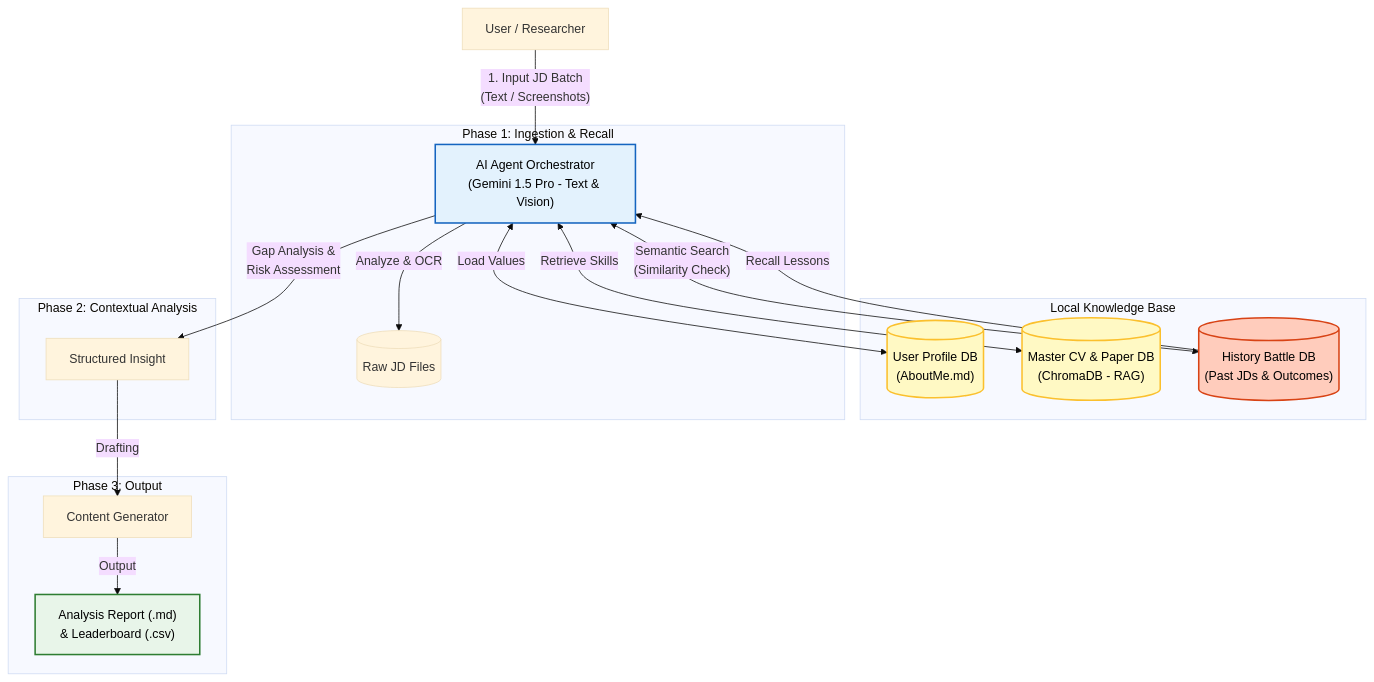
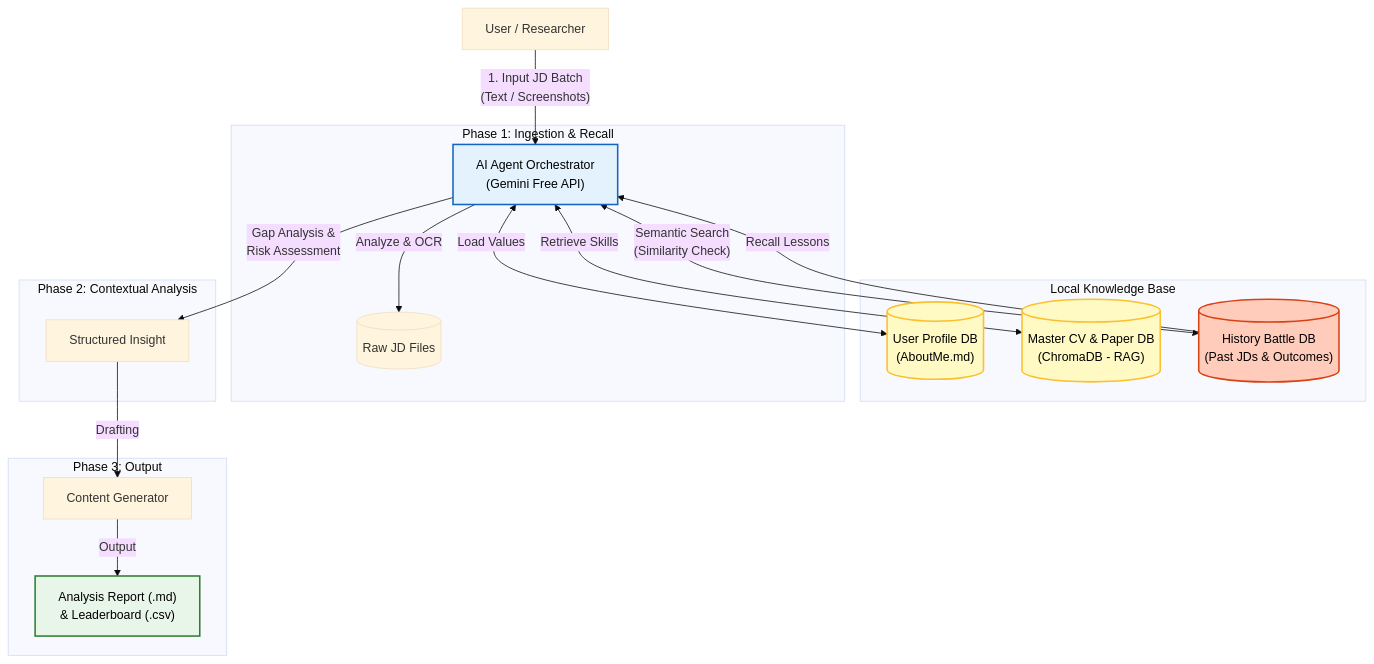
One commit to WangWeiCheng-TJ/Agentic-Career-Orchestrator changed the diagram in README.md. Above: the diagram before and after it, drawn with Mermaid (base theme).

Commit message:
doc: update readme (Architecture)

````diff
--- a/README.md
+++ b/README.md
@@ -24,37 +24,37 @@
 ```mermaid
 graph TD
-    User["User / Researcher"] -->|"1. Input JD Batch<br/>(Text / Screenshots)"| Agent["AI Agent Orchestrator<br/>(Gemini 1.5 Pro - Text & Vision)"]
+    User["User / Researcher"] -->|"1. Input JD Batch<br/>(Text / Screenshots)"| Agent["AI Agent Orchestrator<br/>(Gemini Free API)"]
     
     %% Local Database & Knowledge
     subgraph "Local Knowledge Base"
         ConstraintDB[("User Profile DB<br/>(AboutMe.md)")]
         MasterCV[("Master CV & Paper DB<br/>(ChromaDB - RAG)")]
         HistoryDB[("History Battle DB<br/>(Past JDs & Outcomes)")]
     end
 
     %% Phase 1: Ingestion & Recall
     subgraph "Phase 1: Ingestion & Recall"
         Agent <-->|"Load Values"| ConstraintDB
         Agent -->|"Analyze & OCR"| JDs[("Raw JD Files")]
         Agent <-->|"Semantic Search<br/>(Similarity Check)"| HistoryDB
     end
 
     %% Phase 2: Analysis
     subgraph "Phase 2: Contextual Analysis"
         HistoryDB -->|"Recall Lessons"| Agent
         Agent <-->|"Retrieve Skills"| MasterCV
         Agent -->|"Gap Analysis &<br/>Risk Assessment"| Insight[Structured Insight]
     end
 
     %% Phase 3: Output
     subgraph "Phase 3: Output"
         Insight -->|"Drafting"| Writer[Content Generator]
         Writer -->|"Output"| Report["Analysis Report (.md)<br/>& Leaderboard (.csv)"]
     end
 
     style Agent fill:#e3f2fd,stroke:#1565c0,stroke-width:2px,color:#000
     style ConstraintDB fill:#fff9c4,stroke:#fbc02d,stroke-width:2px,color:#000
     style MasterCV fill:#fff9c4,stroke:#fbc02d,stroke-width:2px,color:#000
     style HistoryDB fill:#ffccbc,stroke:#d84315,stroke-width:2px,color:#000
     style Report fill:#e8f5e9,stroke:#2e7d32,stroke-width:2px,color:#000
 ```
````
